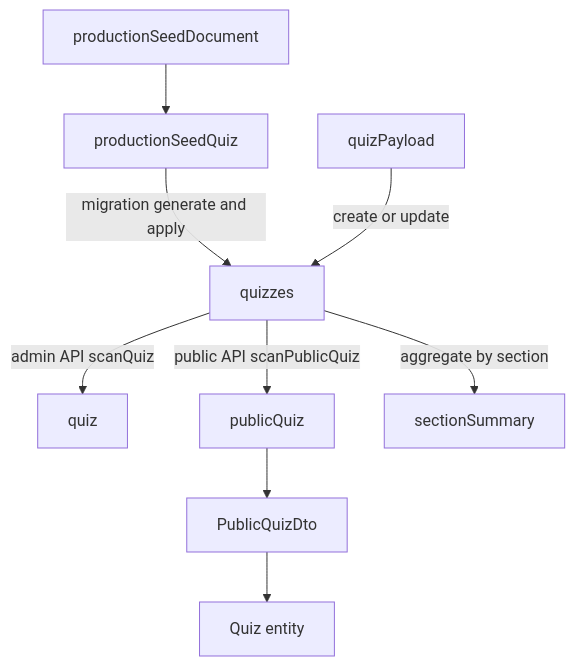
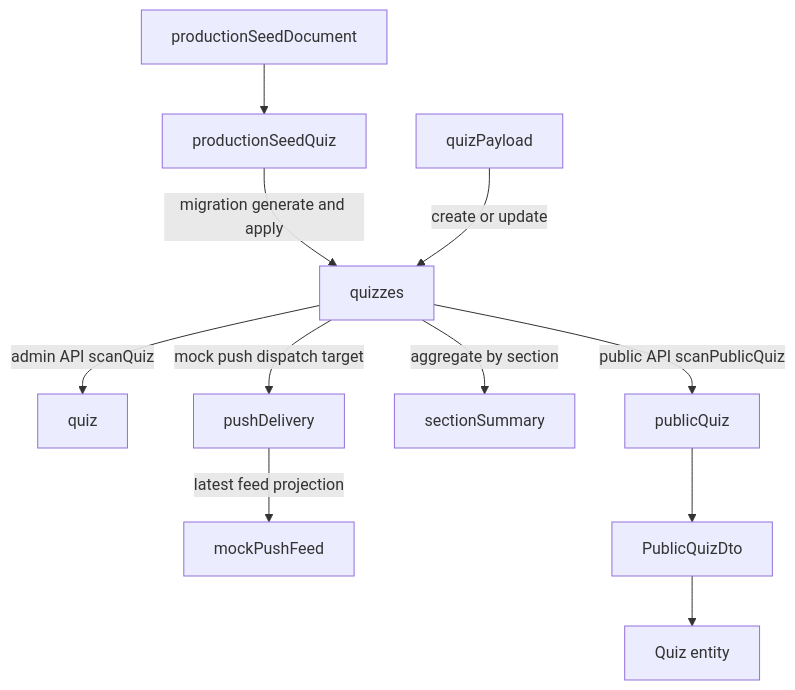
Before and after one commit to Yoshinaga123/quiz: the second of 2 diagrams in docs/architecture/data-model.md, drawn with Mermaid. The commit also changed other lines of this file and 35 other files, not shown here.

First line of the commit message:
feat: add mock push notifications and connect web to Public API

````diff
--- a/docs/architecture/data-model.md
+++ b/docs/architecture/data-model.md
@@ -117,21 +144,25 @@
 ```mermaid
 flowchart TD
     SeedDoc["productionSeedDocument"]
     SeedQuiz["productionSeedQuiz"]
     QuizTable["quizzes"]
     QuizPayload["quizPayload"]
     AdminQuiz["quiz"]
     PublicQuiz["publicQuiz"]
     SectionSummary["sectionSummary"]
+    PushDelivery["pushDelivery"]
+    MockPushFeed["mockPushFeed"]
     MobileDto["PublicQuizDto"]
     MobileEntity["Quiz entity"]
 
     SeedDoc --> SeedQuiz
     SeedQuiz -->|migration generate and apply| QuizTable
     QuizPayload -->|create or update| QuizTable
     QuizTable -->|admin API scanQuiz| AdminQuiz
     QuizTable -->|public API scanPublicQuiz| PublicQuiz
     QuizTable -->|aggregate by section| SectionSummary
+    QuizTable -->|mock push dispatch target| PushDelivery
+    PushDelivery -->|latest feed projection| MockPushFeed
     PublicQuiz --> MobileDto
     MobileDto --> MobileEntity
 ```
````
